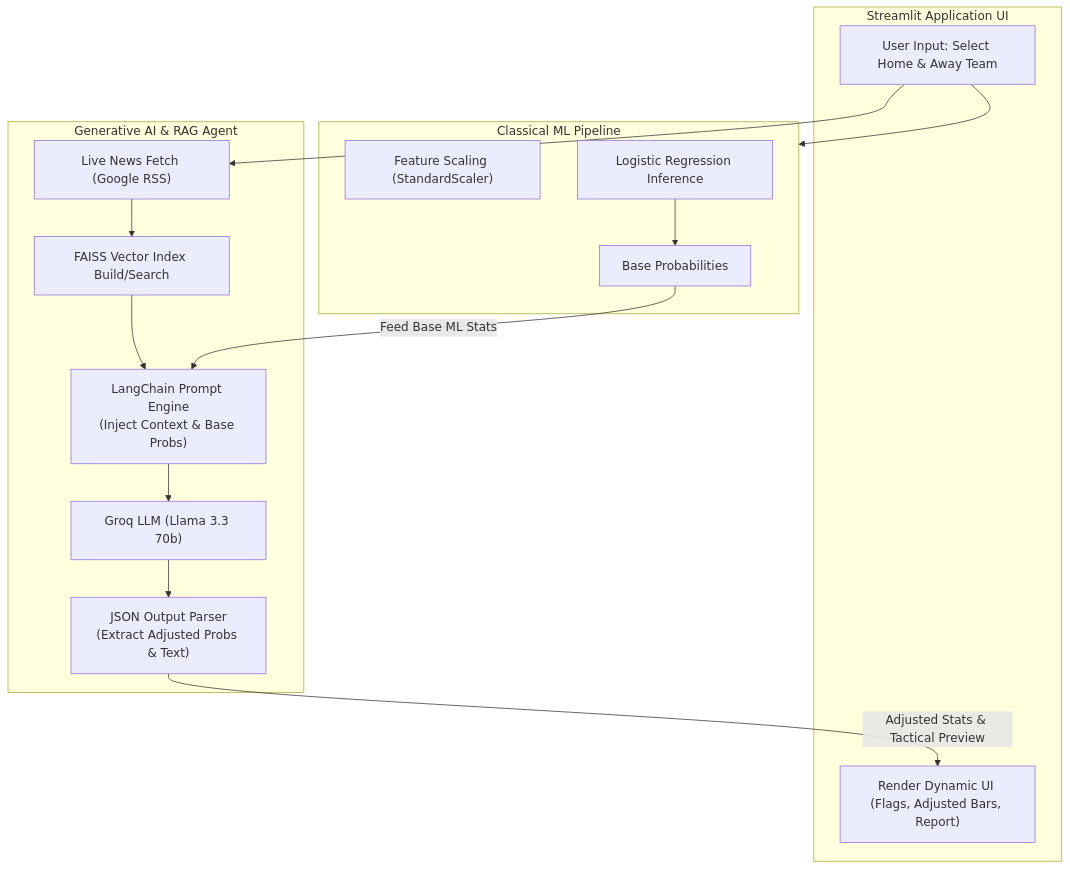
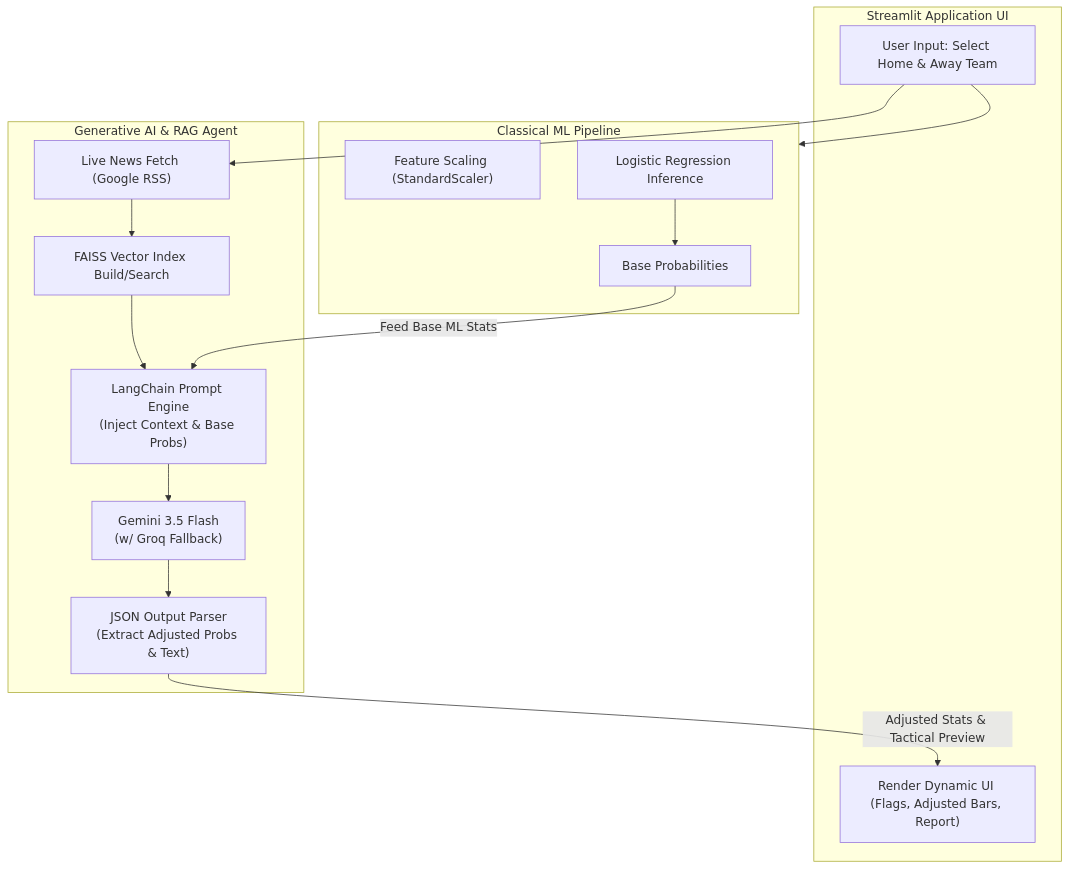
One commit to abhi-dev-codes/Match-Oracle changed the diagram in README.md. Above: the diagram before and after it, drawn with Mermaid. The commit also changed other lines of this file, not shown here.

Commit message:
readme update gemini

````diff
--- a/README.md
+++ b/README.md
@@ -84,33 +84,33 @@
 ```mermaid
 flowchart TD
     subgraph Frontend [Streamlit Application UI]
         A["User Input: Select Home & Away Team"]
         J["Render Dynamic UI (Flags, Adjusted Bars, Report)"]
     end
 
     subgraph ML_Pipeline [Classical ML Pipeline]
         B["Feature Scaling (StandardScaler)"]
         C["Logistic Regression Inference"]
         D["Base Probabilities"]
     end
 
     subgraph GenAI_Pipeline [Generative AI & RAG Agent]
         E["Live News Fetch (Google RSS)"]
         F["FAISS Vector Index Build/Search"]
         G["LangChain Prompt Engine<br/>(Inject Context & Base Probs)"]
-        H["Groq LLM (Llama 3.3 70b)"]
+        H["Gemini 3.5 Flash<br/>(w/ Groq Fallback)"]
         I["JSON Output Parser<br/>(Extract Adjusted Probs & Text)"]
     end
 
     A --> ML_Pipeline
     C --> D
     
     A --> E
     E --> F
     F --> G
     D -- "Feed Base ML Stats" --> G
     G --> H
     H --> I
     
     I -- "Adjusted Stats & Tactical Preview" --> J
 ```
````
